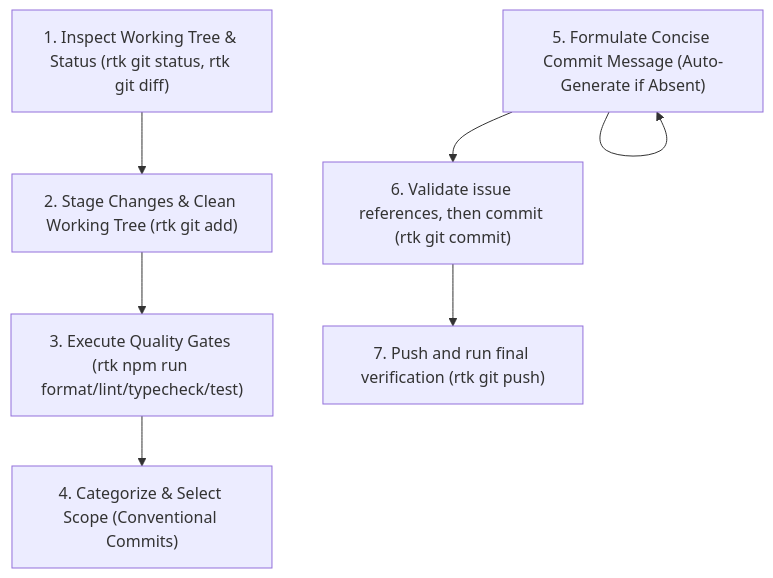
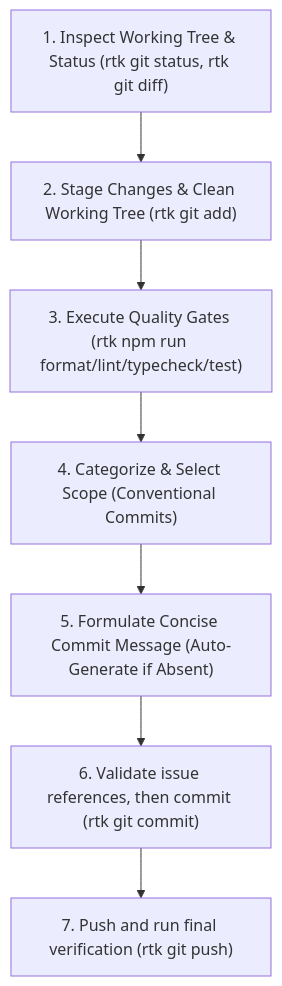
One commit to SteveRodrigue/MCD changed the diagram in .agents/skills/commit-and-push/SKILL.md. Above: the diagram before and after it, drawn with Mermaid. The commit also changed other lines of this file and 30 other files, not shown here.

````diff
--- a/.agents/skills/commit-and-push/SKILL.md
+++ b/.agents/skills/commit-and-push/SKILL.md
@@ -17,9 +19,9 @@
 ```mermaid
 flowchart TD
     S1["1. Inspect Working Tree & Status (rtk git status, rtk git diff)"] --> S2["2. Stage Changes & Clean Working Tree (rtk git add)"]
     S2 --> S3["3. Execute Quality Gates (rtk npm run format/lint/typecheck/test)"]
     S3 --> S4["4. Categorize & Select Scope (Conventional Commits)"]
-    S5 --> S5["5. Formulate Concise Commit Message (Auto-Generate if Absent)"]
+    S4 --> S5["5. Formulate Concise Commit Message (Auto-Generate if Absent)"]
       S5 --> S6["6. Validate issue references, then commit (rtk git commit)"]
       S6 --> S7["7. Push and run final verification (rtk git push)"]
 ```
````
